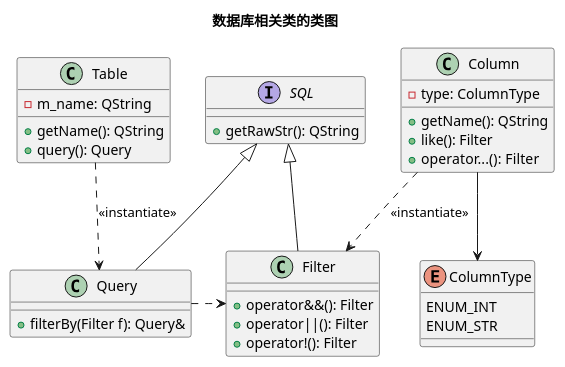
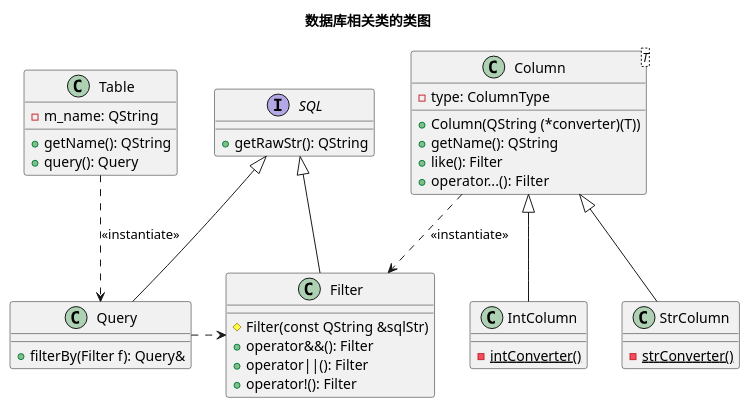
Before and after one commit to old6ix/HIT-Database-System-Labs: the diagram in docs/ClassDiagram.puml, drawn with PlantUML. The commit also changed 2 other files, not shown here.

Commit message:
更新类图；添加生成数据库的SQL语句

```diff
--- a/docs/ClassDiagram.puml
+++ b/docs/ClassDiagram.puml
@@ -1,46 +1,52 @@
 @startuml Class Diagram
 
 title 数据库相关类的类图
 
 interface SQL {
     +getRawStr(): QString
 }
 
 class Table {
     -m_name: QString
     +getName(): QString
     +query(): Query
 }
 
 class Query {
     +filterBy(Filter f): Query&
 }
 
 class Filter {
+    #Filter(const QString &sqlStr)
     +operator&&(): Filter
     +operator||(): Filter
     +operator!(): Filter
 }
 
 SQL <|-- Query
 SQL <|-- Filter
 Table ..> Query : <<instantiate>>
 
 
-class Column {
+class Column<T> {
     -type: ColumnType
+    +Column(QString (*converter)(T))
     +getName(): QString
     +like(): Filter
     +operator...(): Filter
 }
 
-enum ColumnType {
-    ENUM_INT
-    ENUM_STR
+class IntColumn {
+    {static} -intConverter()
 }
 
-Column --> ColumnType
+class StrColumn {
+    {static} -strConverter()
+}
+
+Column <|-- IntColumn
+Column <|-- StrColumn
 Column ..> Filter : <<instantiate>>
 Query .> Filter
 
 @enduml
```
